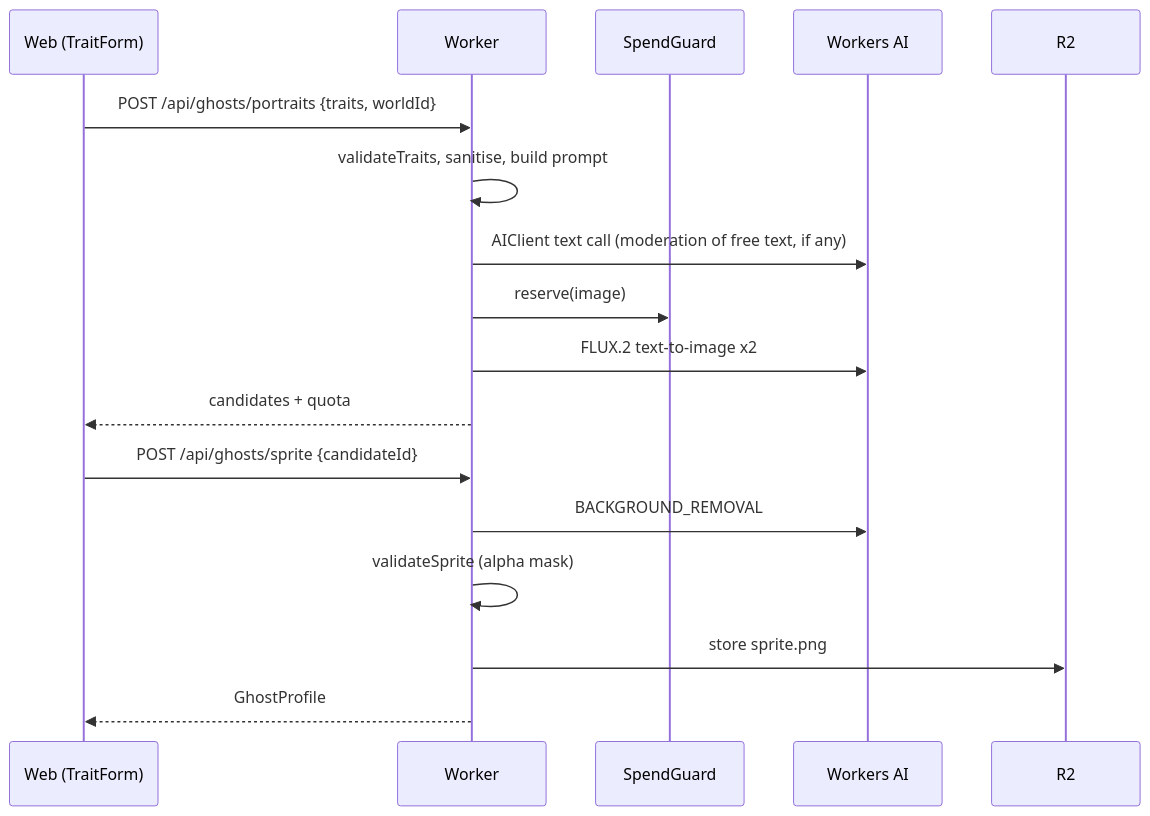
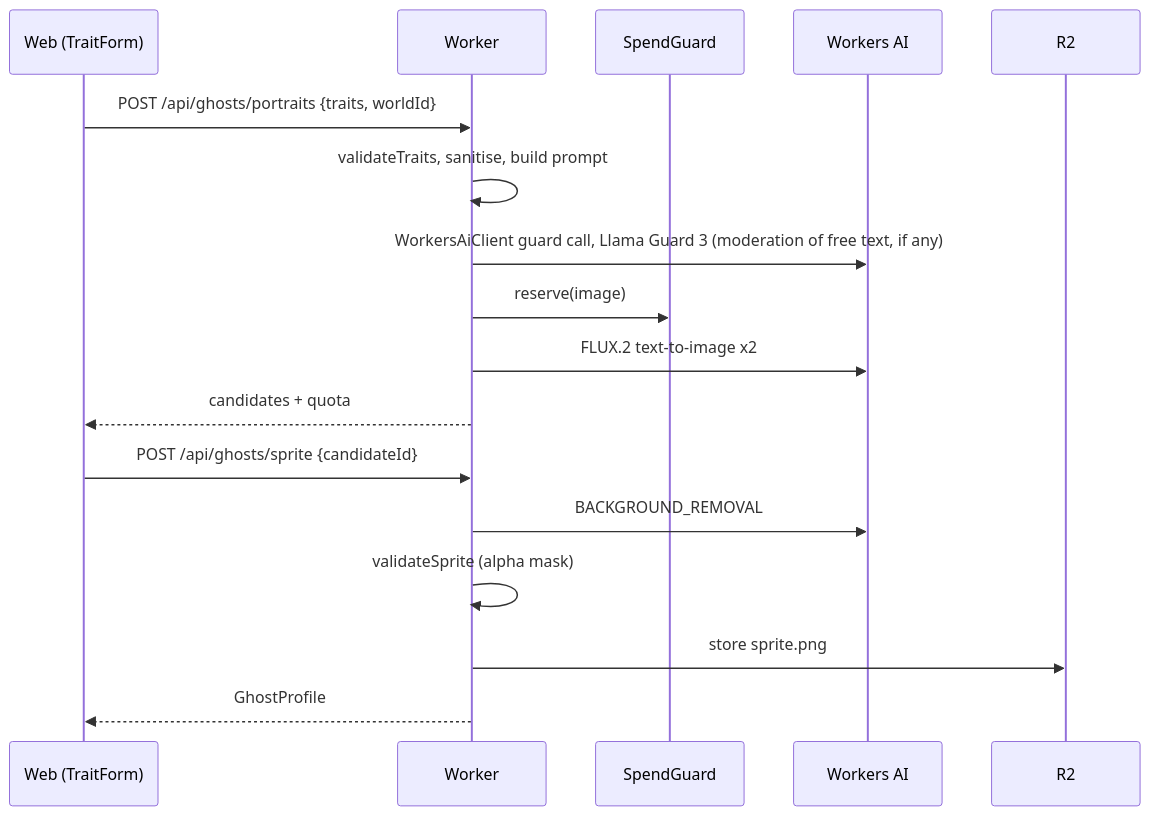
The diagram in .kiro/specs/ghost-creator/design.md (diydan/hauntology), drawn with Mermaid before and after one commit. The commit also changed other lines of this file and 81 other files, not shown here.

````diff
--- a/.kiro/specs/ghost-creator/design.md
+++ b/.kiro/specs/ghost-creator/design.md
@@ -9,19 +9,19 @@
 ```mermaid
 sequenceDiagram
   participant W as Web (TraitForm)
   participant A as Worker
   participant G as SpendGuard
   participant B as Workers AI
   participant R as R2
   W->>A: POST /api/ghosts/portraits {traits, worldId}
   A->>A: validateTraits, sanitise, build prompt
-  A->>B: AIClient text call (moderation of free text, if any)
+  A->>B: WorkersAiClient guard call, Llama Guard 3 (moderation of free text, if any)
   A->>G: reserve(image)
   A->>B: FLUX.2 text-to-image x2
   A-->>W: candidates + quota
   W->>A: POST /api/ghosts/sprite {candidateId}
   A->>B: BACKGROUND_REMOVAL
   A->>A: validateSprite (alpha mask)
   A->>R: store sprite.png
   A-->>W: GhostProfile
 ```
````
